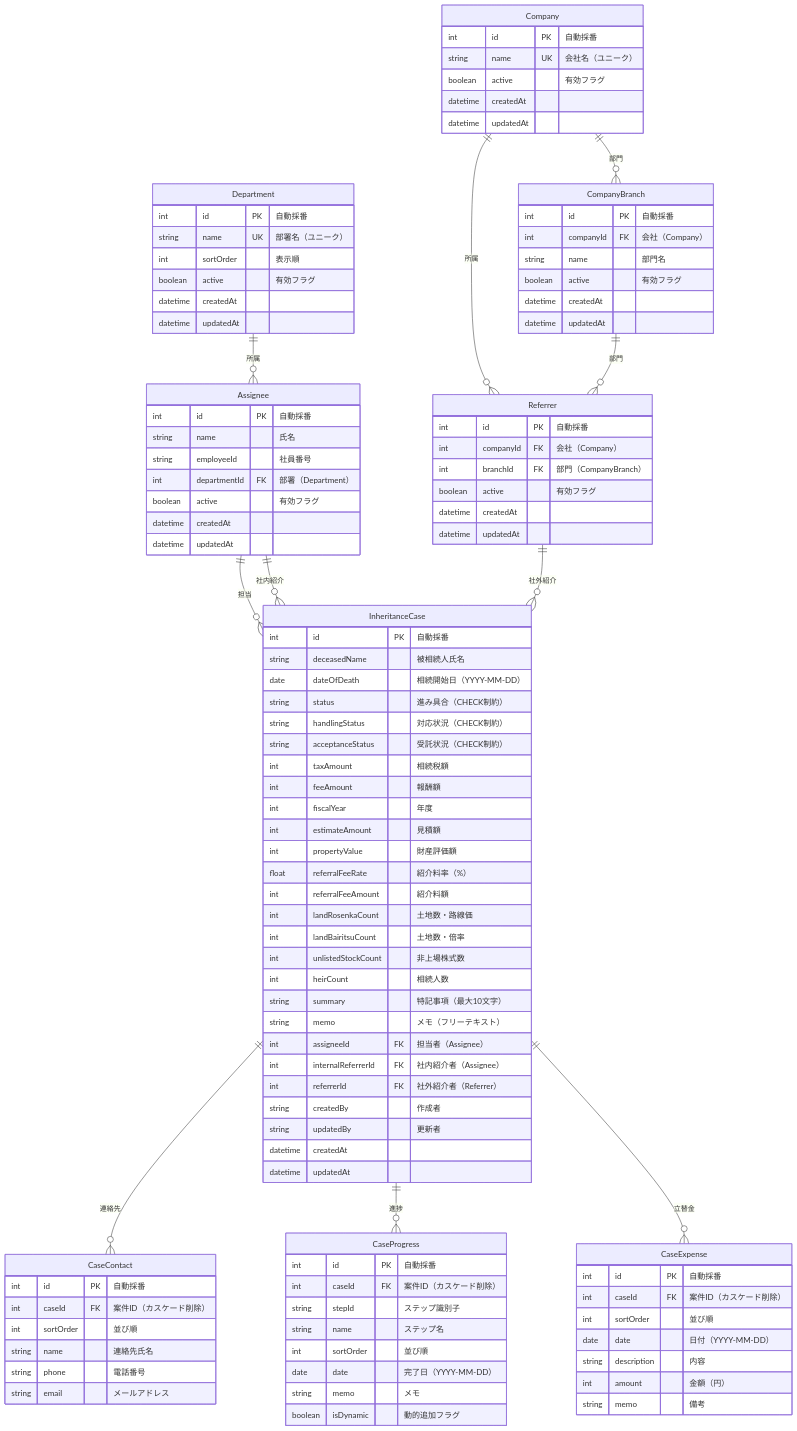
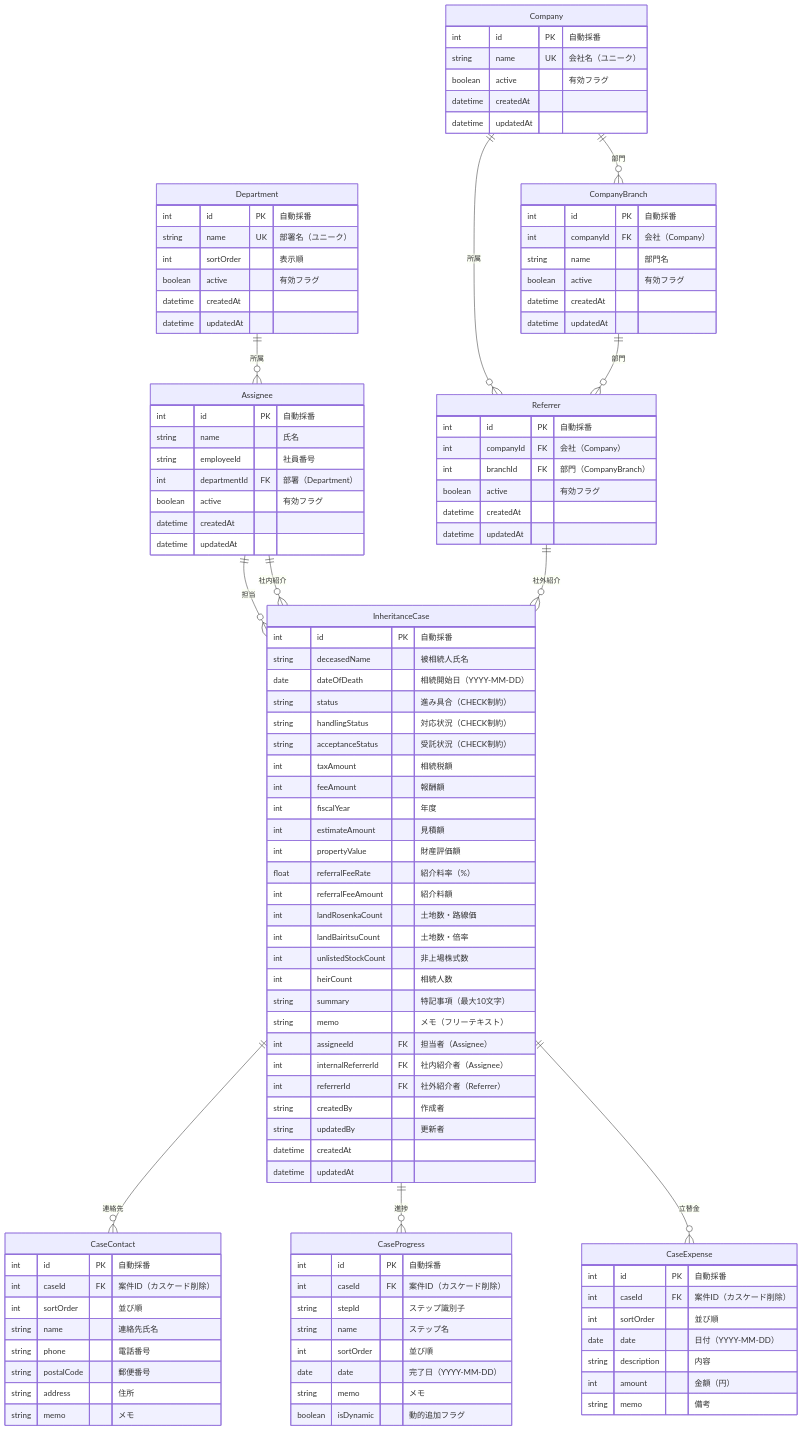
One commit to kojima1978/tax_apps changed the diagram in apps/inheritance-case-management/README.md. Above: the diagram before and after it, drawn with Mermaid. The commit also changed other lines of this file and 14 other files, not shown here.

```diff
--- a/apps/inheritance-case-management/README.md
+++ b/apps/inheritance-case-management/README.md
@@ -538,7 +539,9 @@
         int sortOrder "並び順"
         string name "連絡先氏名"
         string phone "電話番号"
-        string email "メールアドレス"
+        string postalCode "郵便番号"
+        string address "住所"
+        string memo "メモ"
     }
 
     CaseProgress {
```
